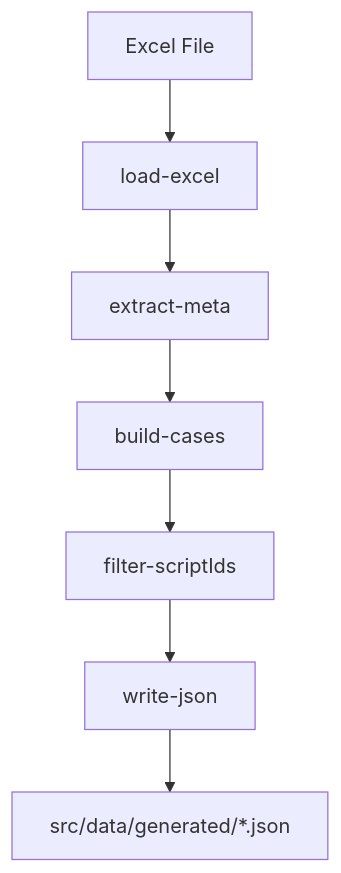
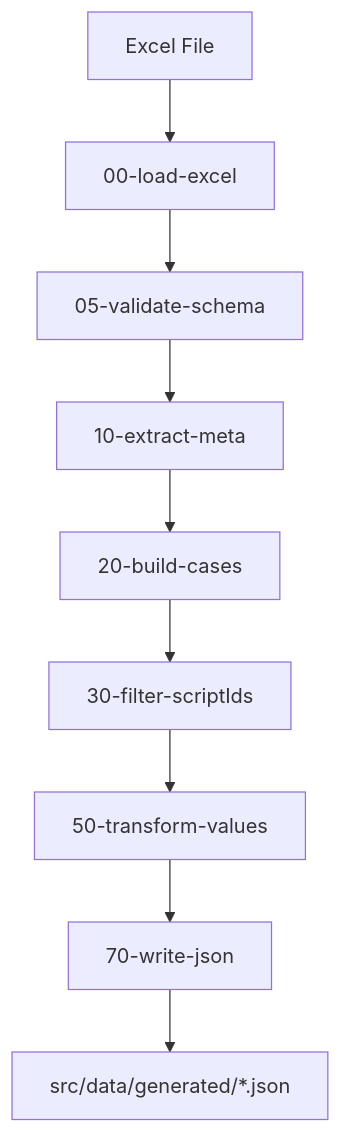
One commit to vijaytomar81/AZOnline changed the second of 6 diagrams in src/data/README.md. Above: the diagram before and after it, drawn with Mermaid. The commit also changed other lines of this file and 10 other files, not shown here.

````diff
--- a/src/data/README.md
+++ b/src/data/README.md
@@ -178,9 +94,11 @@
 ```mermaid
 flowchart TD
-    A[Excel File] --> B[load-excel]
-    B --> C[extract-meta]
-    C --> D[build-cases]
-    D --> E[filter-scriptIds]
-    E --> F[write-json]
-    F --> G[src/data/generated/*.json]
+    A[Excel File] --> B[00-load-excel]
+    B --> C[05-validate-schema]
+    C --> D[10-extract-meta]
+    D --> E[20-build-cases]
+    E --> F[30-filter-scriptIds]
+    F --> G[50-transform-values]
+    G --> H[70-write-json]
+    H --> I[src/data/generated/*.json]
 ```
````
